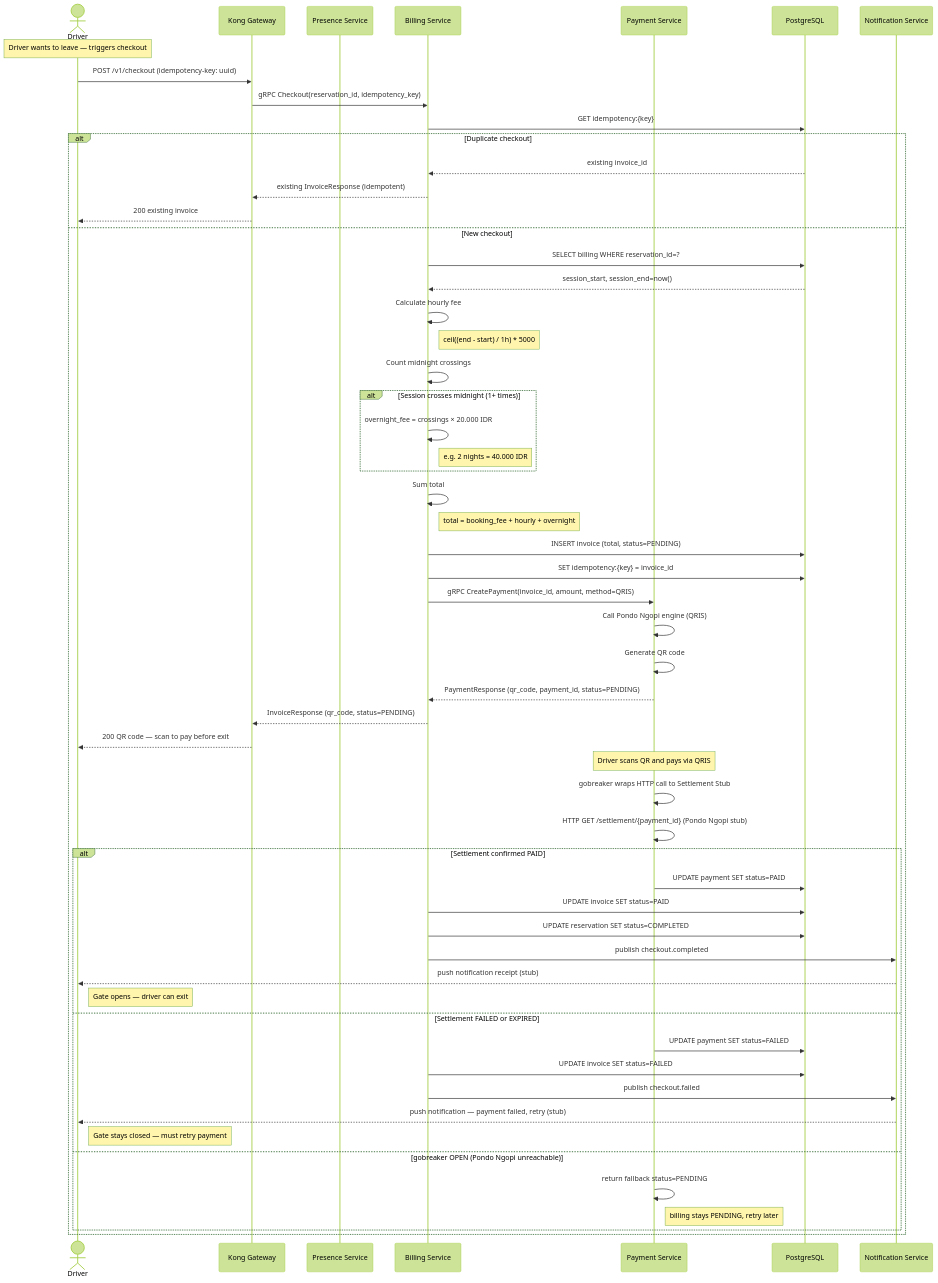
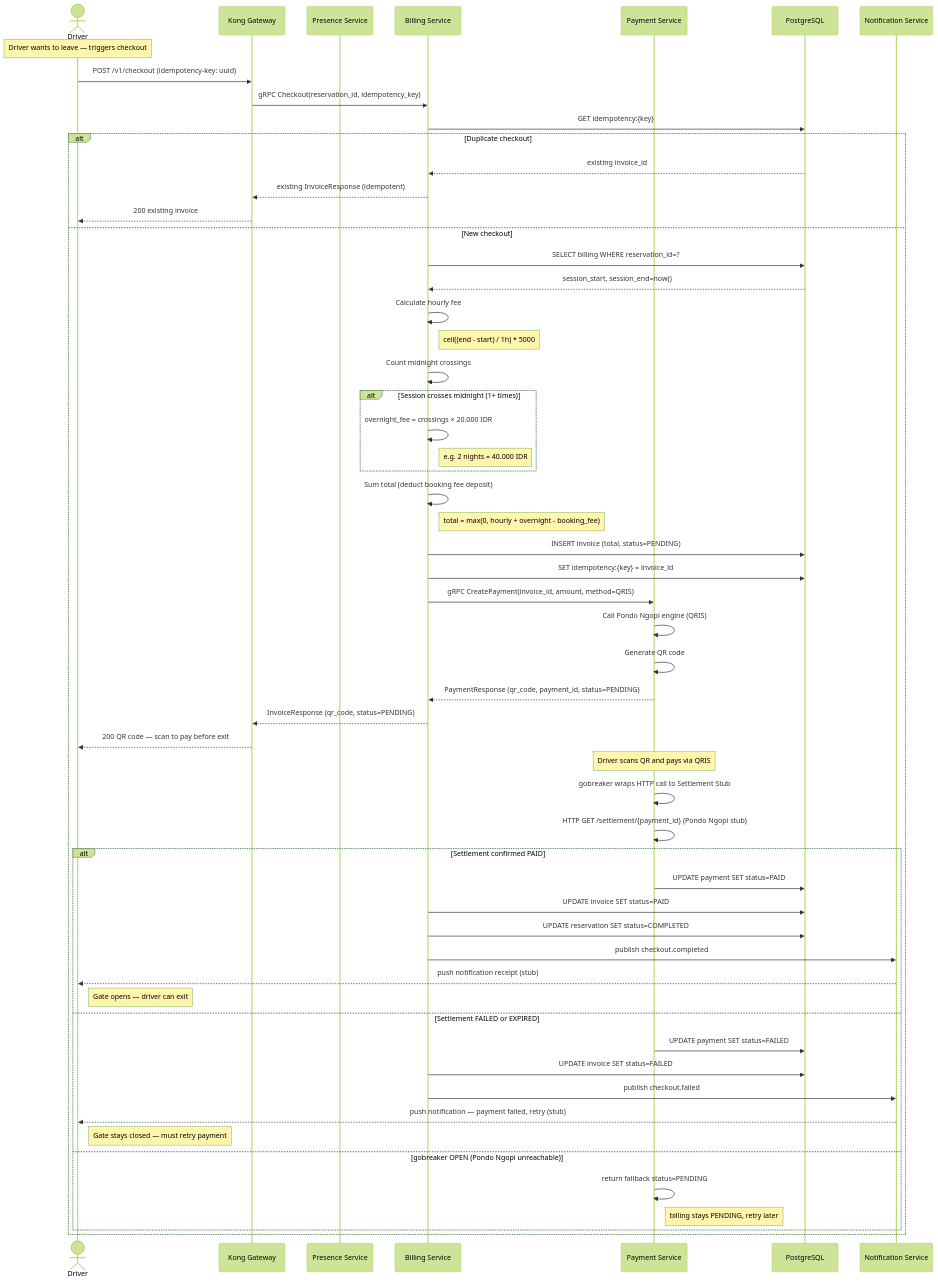
Before and after one commit to ParkirPintar/parkir-pintar-backend: diagram 16 of 23 in README.md, drawn with Mermaid (forest theme). The commit also changed other lines of this file and 3 other files, not shown here.

Commit message:
fix(billing): treat booking fee as deposit deducted from checkout total

````diff
--- a/README.md
+++ b/README.md
@@ -1136,68 +1138,68 @@
 ```mermaid
 sequenceDiagram
     actor Driver
     participant Kong as Kong Gateway
     participant Presence as Presence Service
     participant Billing as Billing Service
     participant Payment as Payment Service
     participant DB as PostgreSQL
     participant Notif as Notification Service
 
     note over Driver: Driver wants to leave — triggers checkout
     Driver->>Kong: POST /v1/checkout (idempotency-key: uuid)
     Kong->>Billing: gRPC Checkout(reservation_id, idempotency_key)
 
     Billing->>DB: GET idempotency:{key}
     alt Duplicate checkout
         DB-->>Billing: existing invoice_id
         Billing-->>Kong: existing InvoiceResponse (idempotent)
         Kong-->>Driver: 200 existing invoice
     else New checkout
         Billing->>DB: SELECT billing WHERE reservation_id=?
         DB-->>Billing: session_start, session_end=now()
 
         Billing->>Billing: Calculate hourly fee
         note right of Billing: ceil((end - start) / 1h) * 5000
 
         Billing->>Billing: Count midnight crossings
         alt Session crosses midnight (1+ times)
             Billing->>Billing: overnight_fee = crossings × 20.000 IDR
             note right of Billing: e.g. 2 nights = 40.000 IDR
         end
 
-        Billing->>Billing: Sum total
-        note right of Billing: total = booking_fee + hourly + overnight
+        Billing->>Billing: Sum total (deduct booking fee deposit)
+        note right of Billing: total = max(0, hourly + overnight - booking_fee)
 
         Billing->>DB: INSERT invoice (total, status=PENDING)
         Billing->>DB: SET idempotency:{key} = invoice_id
 
         Billing->>Payment: gRPC CreatePayment(invoice_id, amount, method=QRIS)
         Payment->>Payment: Call Pondo Ngopi engine (QRIS)
         Payment->>Payment: Generate QR code
         Payment-->>Billing: PaymentResponse (qr_code, payment_id, status=PENDING)
         Billing-->>Kong: InvoiceResponse (qr_code, status=PENDING)
         Kong-->>Driver: 200 QR code — scan to pay before exit
 
         note over Payment: Driver scans QR and pays via QRIS
 
         Payment->>Payment: gobreaker wraps HTTP call to Settlement Stub
         Payment->>Payment: HTTP GET /settlement/{payment_id} (Pondo Ngopi stub)
         alt Settlement confirmed PAID
             Payment->>DB: UPDATE payment SET status=PAID
             Billing->>DB: UPDATE invoice SET status=PAID
             Billing->>DB: UPDATE reservation SET status=COMPLETED
             Billing->>Notif: publish checkout.completed
             Notif-->>Driver: push notification receipt (stub)
             note right of Driver: Gate opens — driver can exit
         else Settlement FAILED or EXPIRED
             Payment->>DB: UPDATE payment SET status=FAILED
             Billing->>DB: UPDATE invoice SET status=FAILED
             Billing->>Notif: publish checkout.failed
             Notif-->>Driver: push notification — payment failed, retry (stub)
             note right of Driver: Gate stays closed — must retry payment
         else gobreaker OPEN (Pondo Ngopi unreachable)
             Payment->>Payment: return fallback status=PENDING
             note right of Payment: billing stays PENDING, retry later
         end
     end
 ```
````
